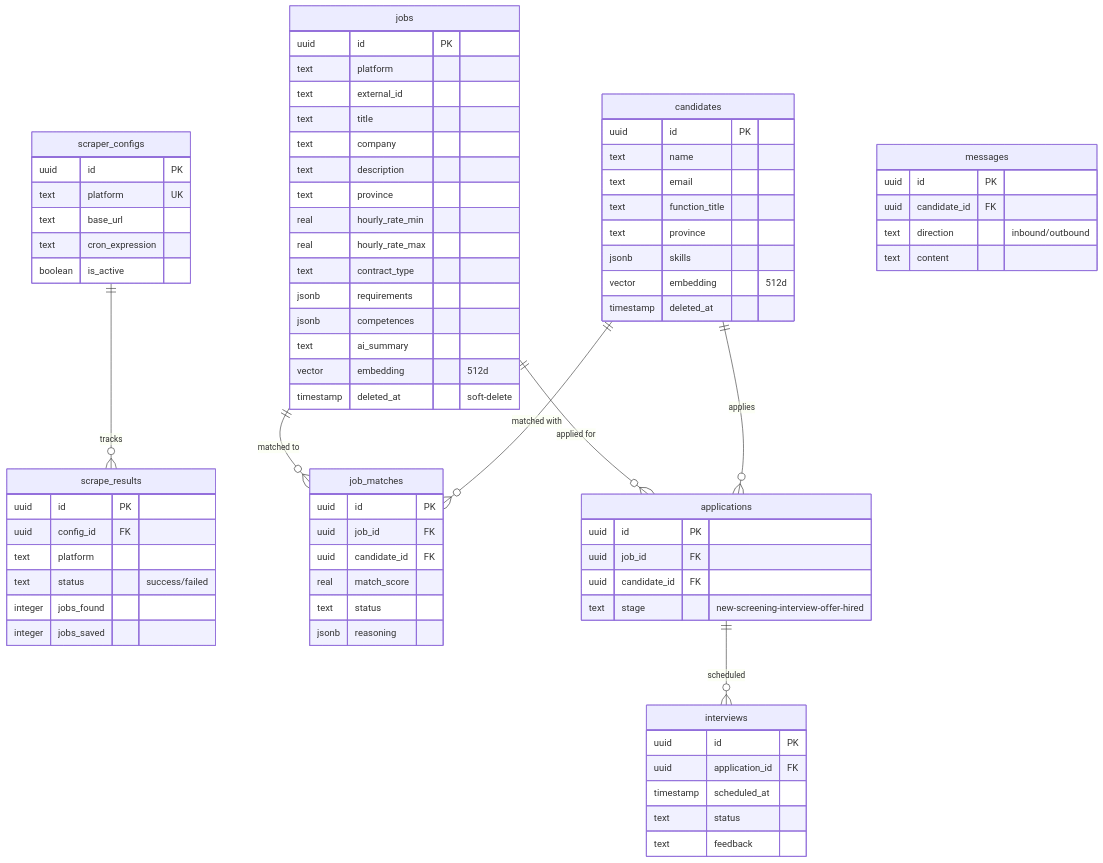
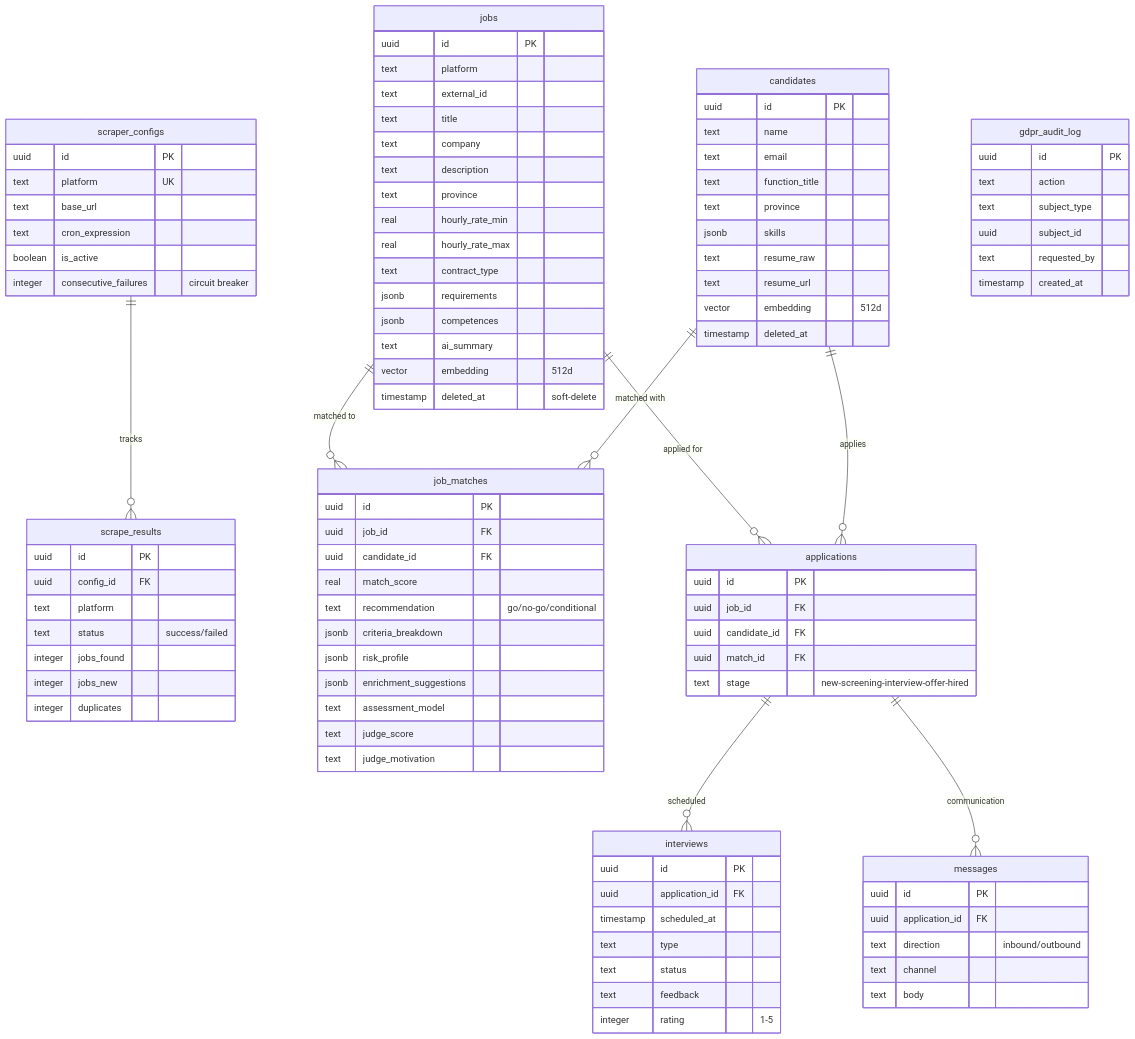
One commit to RyanLisse/motian changed the fifth of 11 diagrams in README.en.md. Above: the diagram before and after it, drawn with Mermaid. The commit also changed other lines of this file and 1 other file, not shown here.

````diff
--- a/README.en.md
+++ b/README.en.md
@@ -194,6 +214,7 @@
     candidates ||--o{ job_matches : "matched with"
     candidates ||--o{ applications : "applies"
     applications ||--o{ interviews : "scheduled"
+    applications ||--o{ messages : "communication"
 
     jobs {
         uuid id PK
@@ -220,6 +241,8 @@
         text function_title
         text province
         jsonb skills
+        text resume_raw
+        text resume_url
         vector embedding "512d"
         timestamp deleted_at
     }
@@ -229,14 +252,20 @@
         uuid job_id FK
         uuid candidate_id FK
         real match_score
-        text status
-        jsonb reasoning
+        text recommendation "go/no-go/conditional"
+        jsonb criteria_breakdown
+        jsonb risk_profile
+        jsonb enrichment_suggestions
+        text assessment_model
+        text judge_score
+        text judge_motivation
     }
 
     applications {
         uuid id PK
         uuid job_id FK
         uuid candidate_id FK
+        uuid match_id FK
         text stage "new-screening-interview-offer-hired"
     }
 
@@ -244,15 +273,18 @@
         uuid id PK
         uuid application_id FK
         timestamp scheduled_at
+        text type
         text status
         text feedback
+        integer rating "1-5"
     }
 
     messages {
         uuid id PK
-        uuid candidate_id FK
+        uuid application_id FK
         text direction "inbound/outbound"
-        text content
+        text channel
+        text body
     }
 
     scraper_configs {
@@ -261,6 +293,7 @@
         text base_url
         text cron_expression
         boolean is_active
+        integer consecutive_failures "circuit breaker"
     }
 
     scrape_results {
@@ -269,6 +302,16 @@
         text platform
         text status "success/failed"
         integer jobs_found
-        integer jobs_saved
+        integer jobs_new
+        integer duplicates
+    }
+
+    gdpr_audit_log {
+        uuid id PK
+        text action
+        text subject_type
+        uuid subject_id
+        text requested_by
+        timestamp created_at
     }
 ```
````
